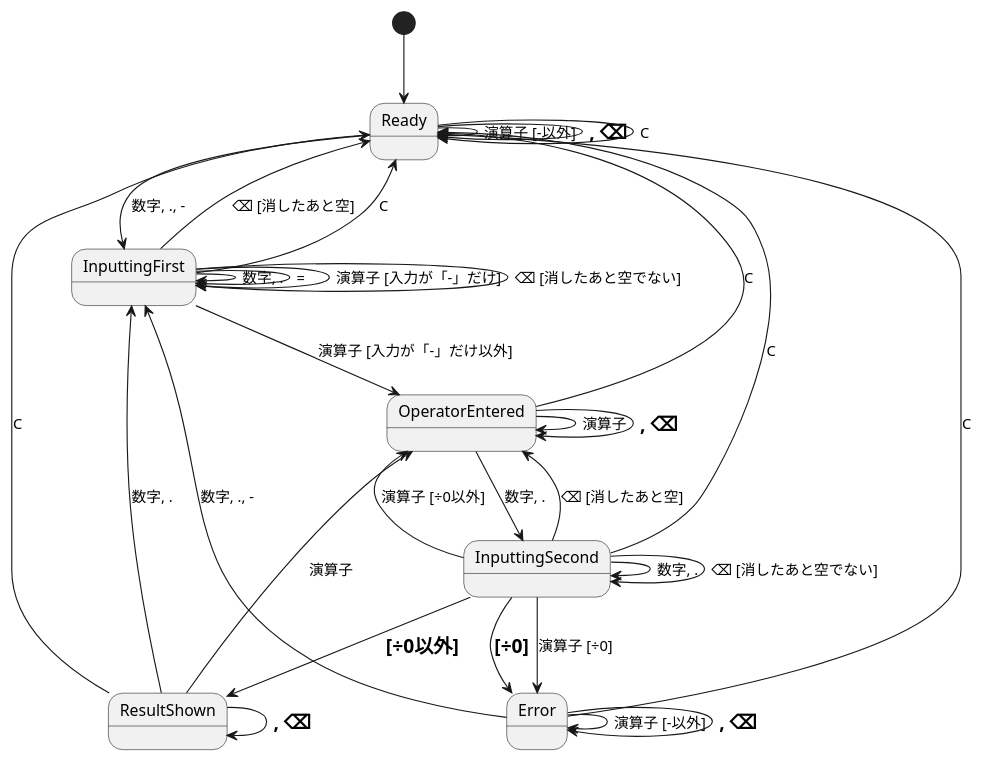
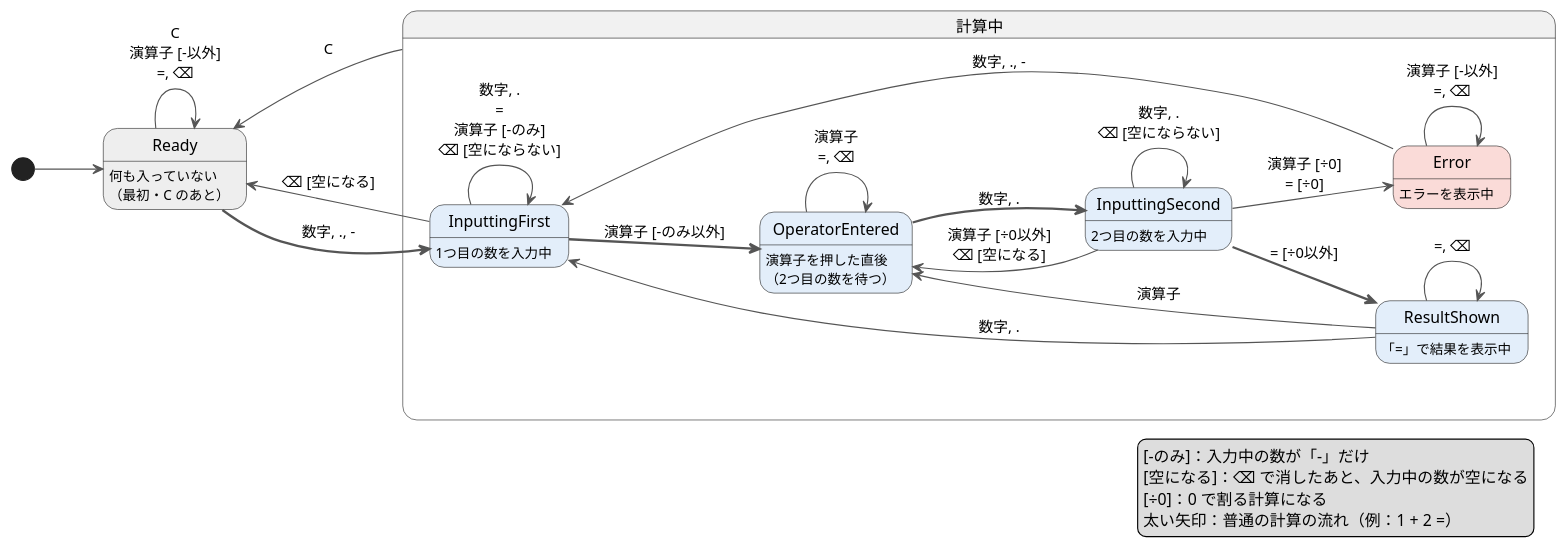
The diagram in docs/状態遷移図.md (ryutaro-code/calculator-refactor), drawn with PlantUML before and after one commit.

Commit message:
docs: 状態遷移図の見た目を整理

````diff
--- a/docs/状態遷移図.md
+++ b/docs/状態遷移図.md
@@ -3,36 +3,51 @@
 ```plantuml
 @startuml
+left to right direction
+skinparam ArrowColor #555555
+
+state Ready #EEEEEE
+state 計算中 {
+  state InputtingFirst #E3EEFA
+  state OperatorEntered #E3EEFA
+  state InputtingSecond #E3EEFA
+  state ResultShown #E3EEFA
+  state Error #FADBD8
+}
+
+Ready : 何も入っていない
+Ready : （最初・C のあと）
+InputtingFirst : 1つ目の数を入力中
+OperatorEntered : 演算子を押した直後
+OperatorEntered : （2つ目の数を待つ）
+InputtingSecond : 2つ目の数を入力中
+ResultShown : 「=」で結果を表示中
+Error : エラーを表示中
+
 [*] --> Ready
-Ready --> Ready : 演算子 [-以外]
-Ready --> Ready : =, ⌫
-Ready --> InputtingFirst : 数字, ., -
-Ready --> Ready : C
-InputtingFirst --> InputtingFirst : 数字, .
-InputtingFirst --> InputtingFirst : =
-InputtingFirst --> InputtingFirst : 演算子 [入力が「-」だけ]
-InputtingFirst --> InputtingFirst : ⌫ [消したあと空でない]
-InputtingFirst --> Ready : ⌫ [消したあと空]
-InputtingFirst --> Ready : C
-InputtingFirst --> OperatorEntered : 演算子 [入力が「-」だけ以外]
-OperatorEntered --> OperatorEntered : 演算子
-OperatorEntered --> OperatorEntered : =, ⌫
-OperatorEntered --> InputtingSecond : 数字, .
-OperatorEntered --> Ready : C
-InputtingSecond --> InputtingSecond : 数字, .
-InputtingSecond --> InputtingSecond : ⌫ [消したあと空でない]
-InputtingSecond --> OperatorEntered : ⌫ [消したあと空]
-InputtingSecond --> Ready : C
-InputtingSecond --> Error : = [÷0]
-InputtingSecond --> OperatorEntered : 演算子 [÷0以外]
-InputtingSecond --> Error : 演算子 [÷0]
-InputtingSecond --> ResultShown : = [÷0以外]
-ResultShown --> ResultShown : =, ⌫
+Ready <-- 計算中 : C
+
+Ready --> Ready : C\n演算子 [-以外]\n&#61;, ⌫
+Ready -[bold]-> InputtingFirst : 数字, ., -
+Ready <-- InputtingFirst : ⌫ [空になる]
+InputtingFirst --> InputtingFirst : 数字, .\n&#61;\n演算子 [-のみ]\n⌫ [空にならない]
+InputtingFirst -[bold]-> OperatorEntered : 演算子 [-のみ以外]
+OperatorEntered --> OperatorEntered : 演算子\n&#61;, ⌫
+OperatorEntered -[bold]-> InputtingSecond : 数字, .
+InputtingSecond --> InputtingSecond : 数字, .\n⌫ [空にならない]
+InputtingSecond --> OperatorEntered : 演算子 [÷0以外]\n⌫ [空になる]
+InputtingSecond --> Error : 演算子 [÷0]\n&#61; [÷0]
+InputtingSecond -[bold]-> ResultShown : &#61; [÷0以外]
+ResultShown --> ResultShown : &#61;, ⌫
 ResultShown --> OperatorEntered : 演算子
 ResultShown --> InputtingFirst : 数字, .
-ResultShown --> Ready : C
-Error --> Ready : C
 Error --> InputtingFirst : 数字, ., -
-Error --> Error : 演算子 [-以外]
-Error --> Error : =, ⌫
+Error --> Error : 演算子 [-以外]\n&#61;, ⌫
+
+legend right
+  [-のみ]：入力中の数が「-」だけ
+  [空になる]：⌫ で消したあと、入力中の数が空になる
+  [÷0]：0 で割る計算になる
+  太い矢印：普通の計算の流れ（例：1 + 2 =）
+endlegend
 @enduml
 ```
````
